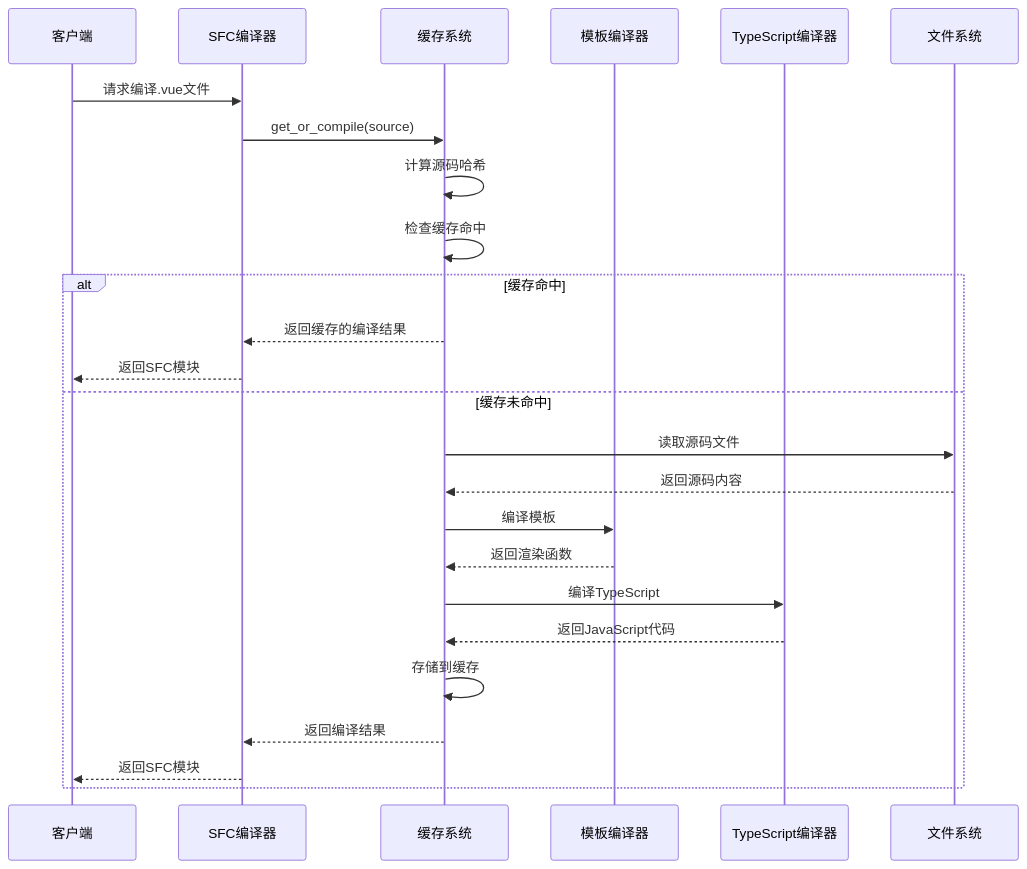
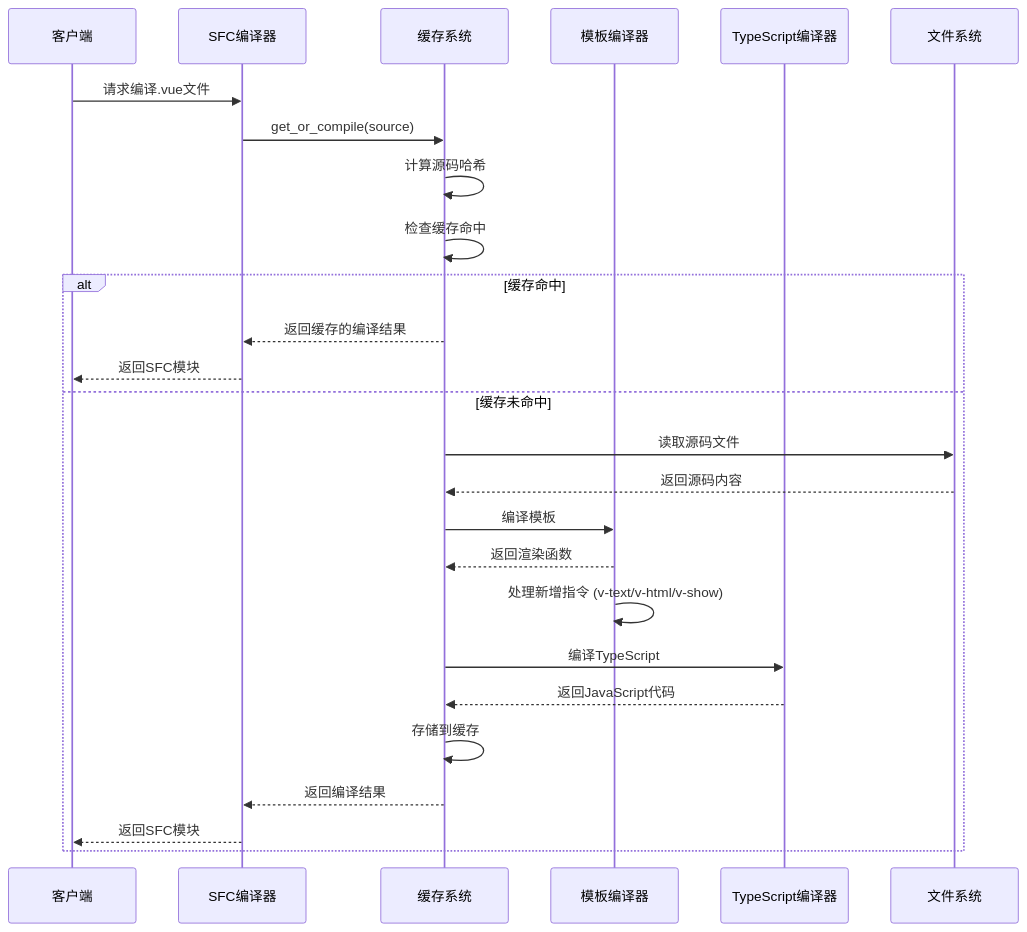
The second of 6 diagrams in .qoder/repowiki/zh/content/核心功能特性/SFC热重载缓存系统.md (itszzl-sudo/iris), drawn with Mermaid before and after one commit. The commit also changed other lines of this file and 5 other files, not shown here.

````diff
--- a/.qoder/repowiki/zh/content/核心功能特性/SFC热重载缓存系统.md
+++ b/.qoder/repowiki/zh/content/核心功能特性/SFC热重载缓存系统.md
@@ -148,27 +172,28 @@
 ```mermaid
 sequenceDiagram
 participant Client as 客户端
 participant SFC as SFC编译器
 participant Cache as 缓存系统
 participant Template as 模板编译器
 participant TS as TypeScript编译器
 participant FS as 文件系统
 Client->>SFC : 请求编译.vue文件
 SFC->>Cache : get_or_compile(source)
 Cache->>Cache : 计算源码哈希
 Cache->>Cache : 检查缓存命中
 alt 缓存命中
 Cache-->>SFC : 返回缓存的编译结果
 SFC-->>Client : 返回SFC模块
 else 缓存未命中
 Cache->>FS : 读取源码文件
 FS-->>Cache : 返回源码内容
 Cache->>Template : 编译模板
 Template-->>Cache : 返回渲染函数
+Template->>Template : 处理新增指令 (v-text/v-html/v-show)
 Cache->>TS : 编译TypeScript
 TS-->>Cache : 返回JavaScript代码
 Cache->>Cache : 存储到缓存
 Cache-->>SFC : 返回编译结果
 SFC-->>Client : 返回SFC模块
 end
 ```
````
